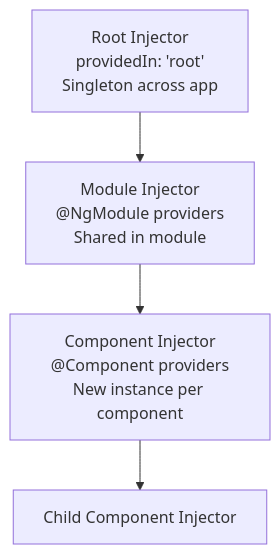
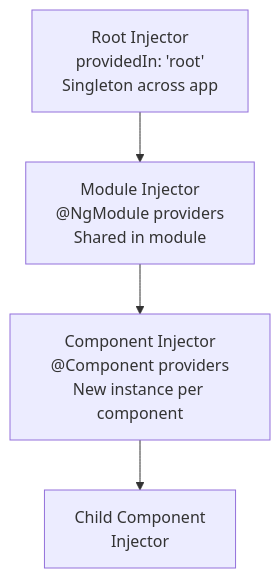
One commit to amitdevx/TY changed the third of 3 diagrams in 02-Semester-VI/CS-352-MJ-T-Design-Framework/Unit-4.md. Above: the diagram before and after it, drawn with Mermaid. The commit also changed other lines of this file and 65 other files, not shown here.

Commit message:
fix:graph vertical

````diff
--- a/02-Semester-VI/CS-352-MJ-T-Design-Framework/Unit-4.md
+++ b/02-Semester-VI/CS-352-MJ-T-Design-Framework/Unit-4.md
@@ -280,6 +290,6 @@
 ```mermaid
 graph TD
   ROOT[Root Injector<br/> providedIn: 'root' <br/>Singleton across app] --> MOD[Module Injector<br/> @NgModule providers <br/>Shared in module]
   MOD --> COMP[Component Injector<br/> @Component providers <br/>New instance per component]
-  COMP --> CHILD[Child Component Injector]
+  COMP --> CHILD[Child Component<br/>Injector]
 ```
````
